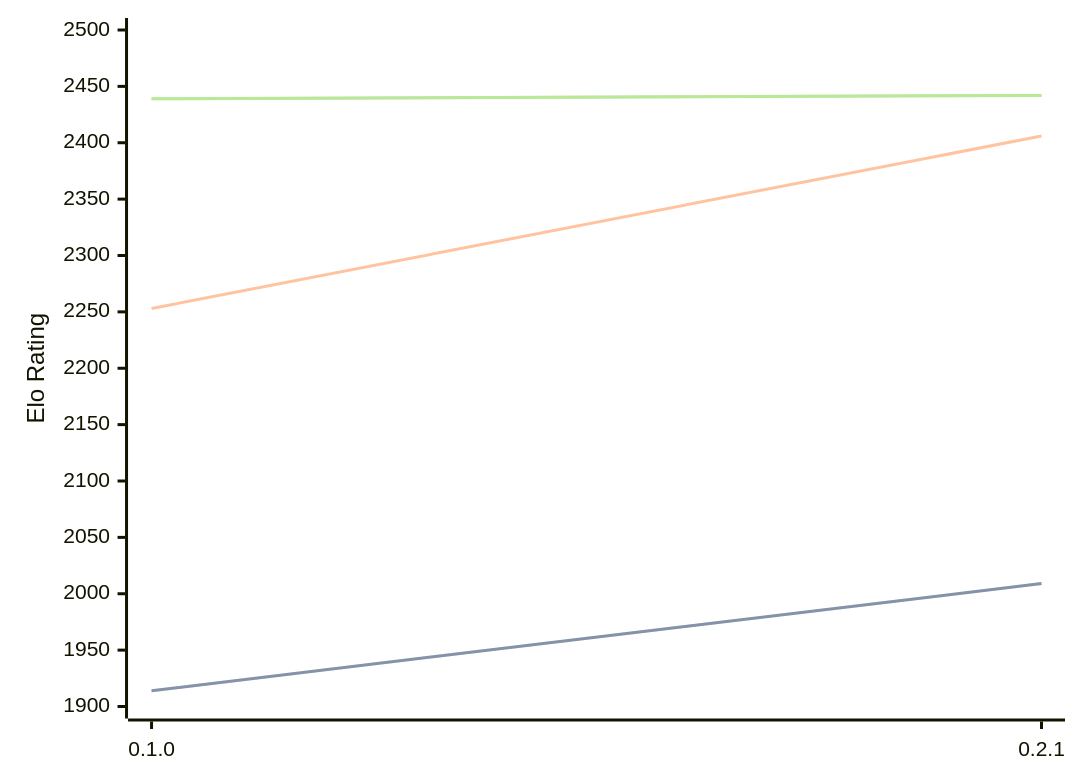
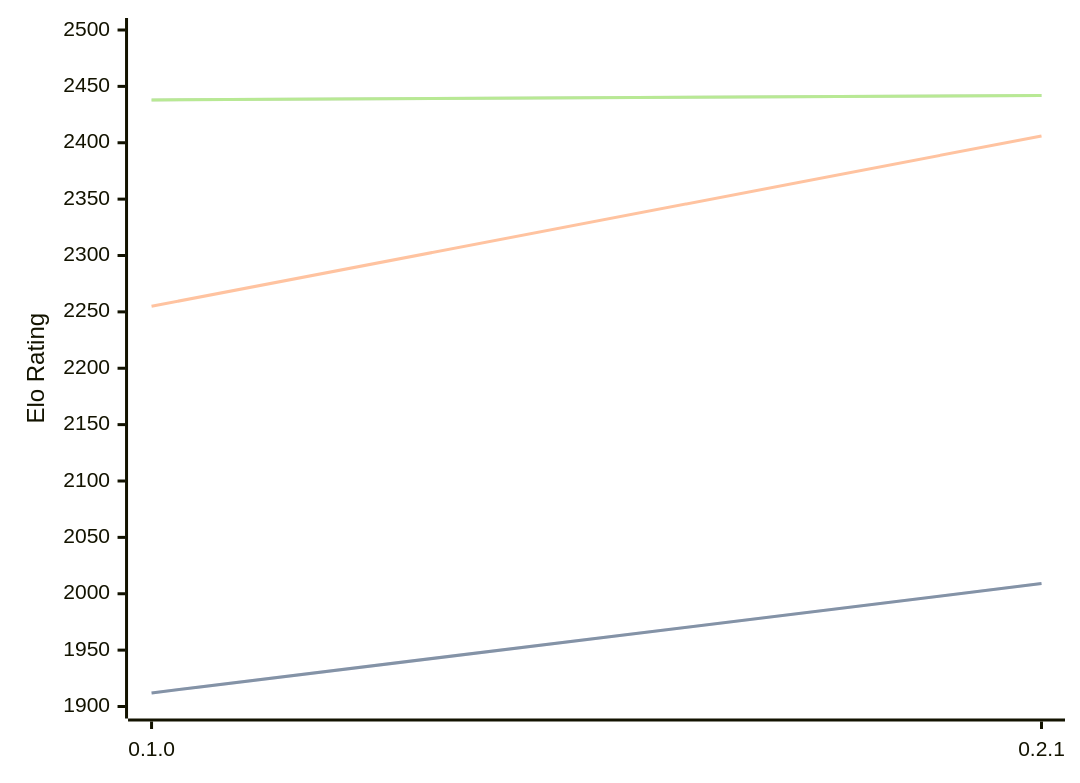
One commit to computer-chess-index/cci changed the diagram in engines/Sykora.md. Above: the diagram before and after it, drawn with Mermaid. The commit also changed other lines of this file, not shown here.

Commit message:
Update CCI Ratings (ELO VLTC) - 2026-03-19

````diff
--- a/engines/Sykora.md
+++ b/engines/Sykora.md
@@ -30,11 +32,11 @@
 ```mermaid
 %%{init: {"theme":"base","themeVariables":{"seriesColors:['#a3a3a3','#222221','#faa371']}}}%%
 xychart-beta
   x-axis ["0.1.0", "0.2.1"]
   y-axis "Elo Rating" 1900 --> 2500
-  line "STC (8.0+0.08s)" [1914, 2009]
-  line "STC (8.0+0.08s)" [1914, 2009]
-  line "LTC (60.0+0.60s)" [2253, 2406]
-  line "VLTC (2m24s+1.12s)" [2439, 2442]
-  line "VLTC (2m24s+1.12s)" [2439, 2442]
+  line "STC (8.0+0.08s)" [1912, 2009]
+  line "STC (8.0+0.08s)" [1912, 2009]
+  line "LTC (60.0+0.60s)" [2255, 2406]
+  line "VLTC (2m24s+1.12s)" [2438, 2442]
+  line "VLTC (2m24s+1.12s)" [2438, 2442]
 ```
````
